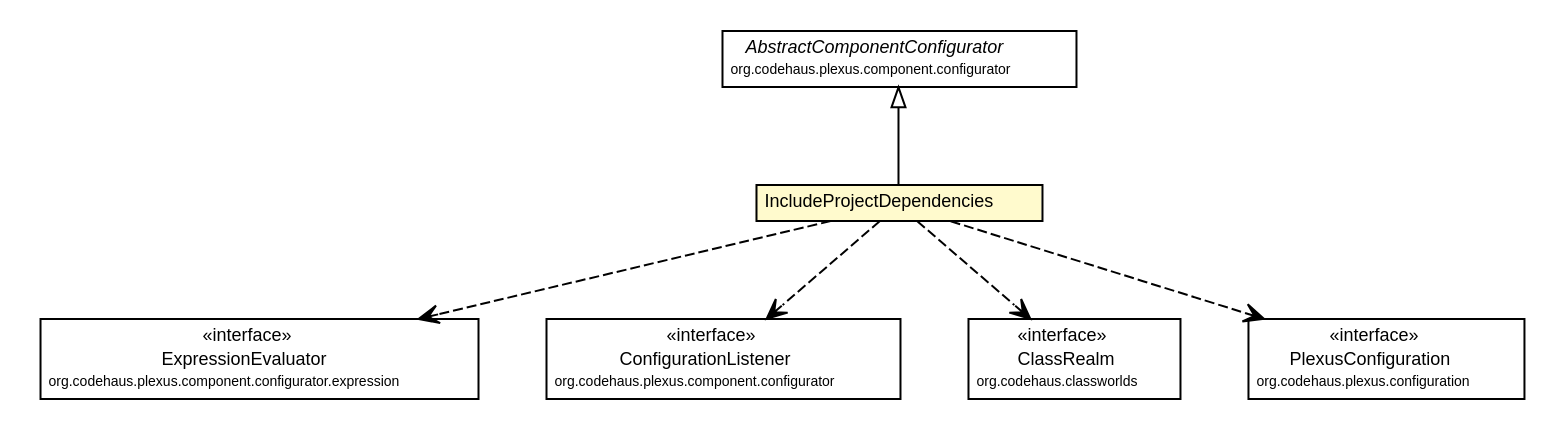
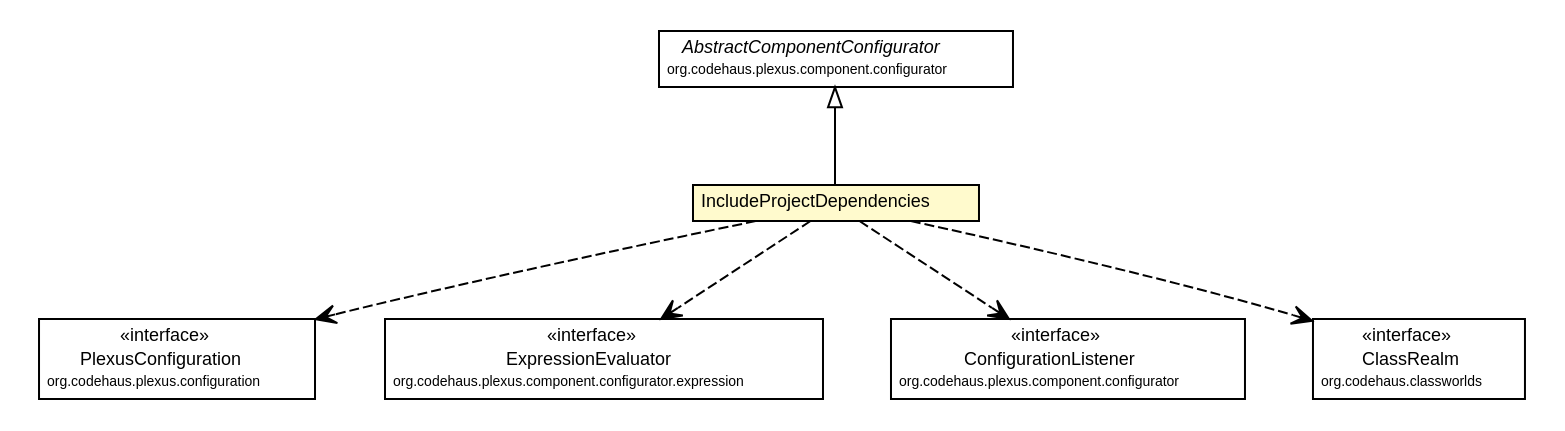
One commit to synchronoss/cpo-api changed the diagram in site/apidocs/org/synchronoss/cpo/plugin/IncludeProjectDependencies.dot. Above: the diagram before and after it, drawn with Graphviz. The commit also changed 876 other files, not shown here.

```diff
--- a/site/apidocs/org/synchronoss/cpo/plugin/IncludeProjectDependencies.dot
+++ b/site/apidocs/org/synchronoss/cpo/plugin/IncludeProjectDependencies.dot
@@ -1,65 +1,65 @@
 #!/usr/local/bin/dot
 #
 # Class diagram 
 # Generated by UmlGraph version 4.6 (http://www.spinellis.gr/sw/umlgraph)
 #
 
 digraph G {
 	edge [fontname="Helvetica",fontsize=10,labelfontname="Helvetica",labelfontsize=10];
 	node [fontname="Helvetica",fontsize=10,shape=plaintext];
 	// org.synchronoss.cpo.plugin.IncludeProjectDependencies
 	c53834 [label=<<table border="0" cellborder="1" cellspacing="0" cellpadding="2" port="p" bgcolor="lemonChiffon" href="./IncludeProjectDependencies.html">
 		<tr><td><table border="0" cellspacing="0" cellpadding="1">
 			<tr><td> IncludeProjectDependencies </td></tr>
 		</table></td></tr>
 		</table>>, fontname="Helvetica", fontcolor="black", fontsize=9.0];
 	//org.synchronoss.cpo.plugin.IncludeProjectDependencies extends org.codehaus.plexus.component.configurator.AbstractComponentConfigurator
 	c53839:p -> c53834:p [dir=back,arrowtail=empty];
+	// org.synchronoss.cpo.plugin.IncludeProjectDependencies DEPEND org.codehaus.plexus.configuration.PlexusConfiguration
+	c53834:p -> c53840:p [taillabel="", label="", headlabel="", fontname="Helvetica", fontcolor="black", fontsize=10.0, color="black", arrowhead=open, style=dashed];
 	// org.synchronoss.cpo.plugin.IncludeProjectDependencies DEPEND org.codehaus.plexus.component.configurator.expression.ExpressionEvaluator
-	c53834:p -> c53840:p [taillabel="", label="", headlabel="", fontname="Helvetica", fontcolor="black", fontsize=10.0, color="black", arrowhead=open, style=dashed];
+	c53834:p -> c53841:p [taillabel="", label="", headlabel="", fontname="Helvetica", fontcolor="black", fontsize=10.0, color="black", arrowhead=open, style=dashed];
 	// org.synchronoss.cpo.plugin.IncludeProjectDependencies DEPEND org.codehaus.plexus.component.configurator.ConfigurationListener
-	c53834:p -> c53841:p [taillabel="", label="", headlabel="", fontname="Helvetica", fontcolor="black", fontsize=10.0, color="black", arrowhead=open, style=dashed];
+	c53834:p -> c53842:p [taillabel="", label="", headlabel="", fontname="Helvetica", fontcolor="black", fontsize=10.0, color="black", arrowhead=open, style=dashed];
 	// org.synchronoss.cpo.plugin.IncludeProjectDependencies DEPEND org.codehaus.classworlds.ClassRealm
-	c53834:p -> c53844:p [taillabel="", label="", headlabel="", fontname="Helvetica", fontcolor="black", fontsize=10.0, color="black", arrowhead=open, style=dashed];
-	// org.synchronoss.cpo.plugin.IncludeProjectDependencies DEPEND org.codehaus.plexus.configuration.PlexusConfiguration
 	c53834:p -> c53845:p [taillabel="", label="", headlabel="", fontname="Helvetica", fontcolor="black", fontsize=10.0, color="black", arrowhead=open, style=dashed];
 	// org.codehaus.classworlds.ClassRealm
-	c53844 [label=<<table border="0" cellborder="1" cellspacing="0" cellpadding="2" port="p" href="http://java.sun.com/j2se/1.4.2/docs/api/org/codehaus/classworlds/ClassRealm.html">
+	c53845 [label=<<table border="0" cellborder="1" cellspacing="0" cellpadding="2" port="p" href="http://java.sun.com/j2se/1.4.2/docs/api/org/codehaus/classworlds/ClassRealm.html">
 		<tr><td><table border="0" cellspacing="0" cellpadding="1">
 			<tr><td> &laquo;interface&raquo; </td></tr>
 			<tr><td> ClassRealm </td></tr>
 			<tr><td><font point-size="7.0"> org.codehaus.classworlds </font></td></tr>
 		</table></td></tr>
 		</table>>, fontname="Helvetica", fontcolor="black", fontsize=9.0];
 	// org.codehaus.plexus.component.configurator.expression.ExpressionEvaluator
-	c53840 [label=<<table border="0" cellborder="1" cellspacing="0" cellpadding="2" port="p" href="http://java.sun.com/j2se/1.4.2/docs/api/org/codehaus/plexus/component/configurator/expression/ExpressionEvaluator.html">
+	c53841 [label=<<table border="0" cellborder="1" cellspacing="0" cellpadding="2" port="p" href="http://java.sun.com/j2se/1.4.2/docs/api/org/codehaus/plexus/component/configurator/expression/ExpressionEvaluator.html">
 		<tr><td><table border="0" cellspacing="0" cellpadding="1">
 			<tr><td> &laquo;interface&raquo; </td></tr>
 			<tr><td> ExpressionEvaluator </td></tr>
 			<tr><td><font point-size="7.0"> org.codehaus.plexus.component.configurator.expression </font></td></tr>
 		</table></td></tr>
 		</table>>, fontname="Helvetica", fontcolor="black", fontsize=9.0];
 	// org.codehaus.plexus.component.configurator.AbstractComponentConfigurator
 	c53839 [label=<<table border="0" cellborder="1" cellspacing="0" cellpadding="2" port="p" href="http://java.sun.com/j2se/1.4.2/docs/api/org/codehaus/plexus/component/configurator/AbstractComponentConfigurator.html">
 		<tr><td><table border="0" cellspacing="0" cellpadding="1">
 			<tr><td><font face="Helvetica-Oblique"> AbstractComponentConfigurator </font></td></tr>
 			<tr><td><font point-size="7.0"> org.codehaus.plexus.component.configurator </font></td></tr>
 		</table></td></tr>
 		</table>>, fontname="Helvetica", fontcolor="black", fontsize=9.0];
 	// org.codehaus.plexus.component.configurator.ConfigurationListener
-	c53841 [label=<<table border="0" cellborder="1" cellspacing="0" cellpadding="2" port="p" href="http://java.sun.com/j2se/1.4.2/docs/api/org/codehaus/plexus/component/configurator/ConfigurationListener.html">
+	c53842 [label=<<table border="0" cellborder="1" cellspacing="0" cellpadding="2" port="p" href="http://java.sun.com/j2se/1.4.2/docs/api/org/codehaus/plexus/component/configurator/ConfigurationListener.html">
 		<tr><td><table border="0" cellspacing="0" cellpadding="1">
 			<tr><td> &laquo;interface&raquo; </td></tr>
 			<tr><td> ConfigurationListener </td></tr>
 			<tr><td><font point-size="7.0"> org.codehaus.plexus.component.configurator </font></td></tr>
 		</table></td></tr>
 		</table>>, fontname="Helvetica", fontcolor="black", fontsize=9.0];
 	// org.codehaus.plexus.configuration.PlexusConfiguration
-	c53845 [label=<<table border="0" cellborder="1" cellspacing="0" cellpadding="2" port="p" href="http://java.sun.com/j2se/1.4.2/docs/api/org/codehaus/plexus/configuration/PlexusConfiguration.html">
+	c53840 [label=<<table border="0" cellborder="1" cellspacing="0" cellpadding="2" port="p" href="http://java.sun.com/j2se/1.4.2/docs/api/org/codehaus/plexus/configuration/PlexusConfiguration.html">
 		<tr><td><table border="0" cellspacing="0" cellpadding="1">
 			<tr><td> &laquo;interface&raquo; </td></tr>
 			<tr><td> PlexusConfiguration </td></tr>
 			<tr><td><font point-size="7.0"> org.codehaus.plexus.configuration </font></td></tr>
 		</table></td></tr>
 		</table>>, fontname="Helvetica", fontcolor="black", fontsize=9.0];
 }
```
